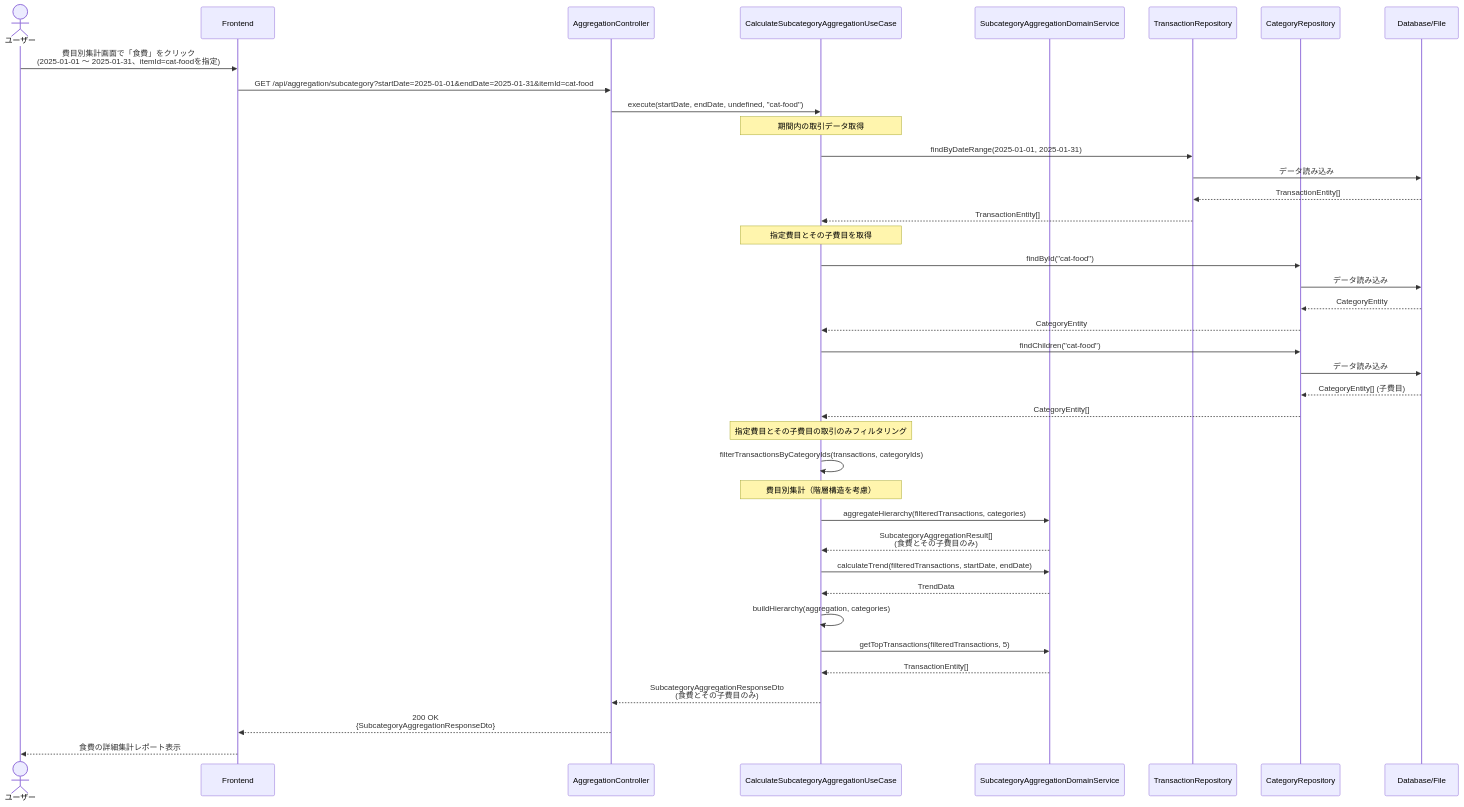
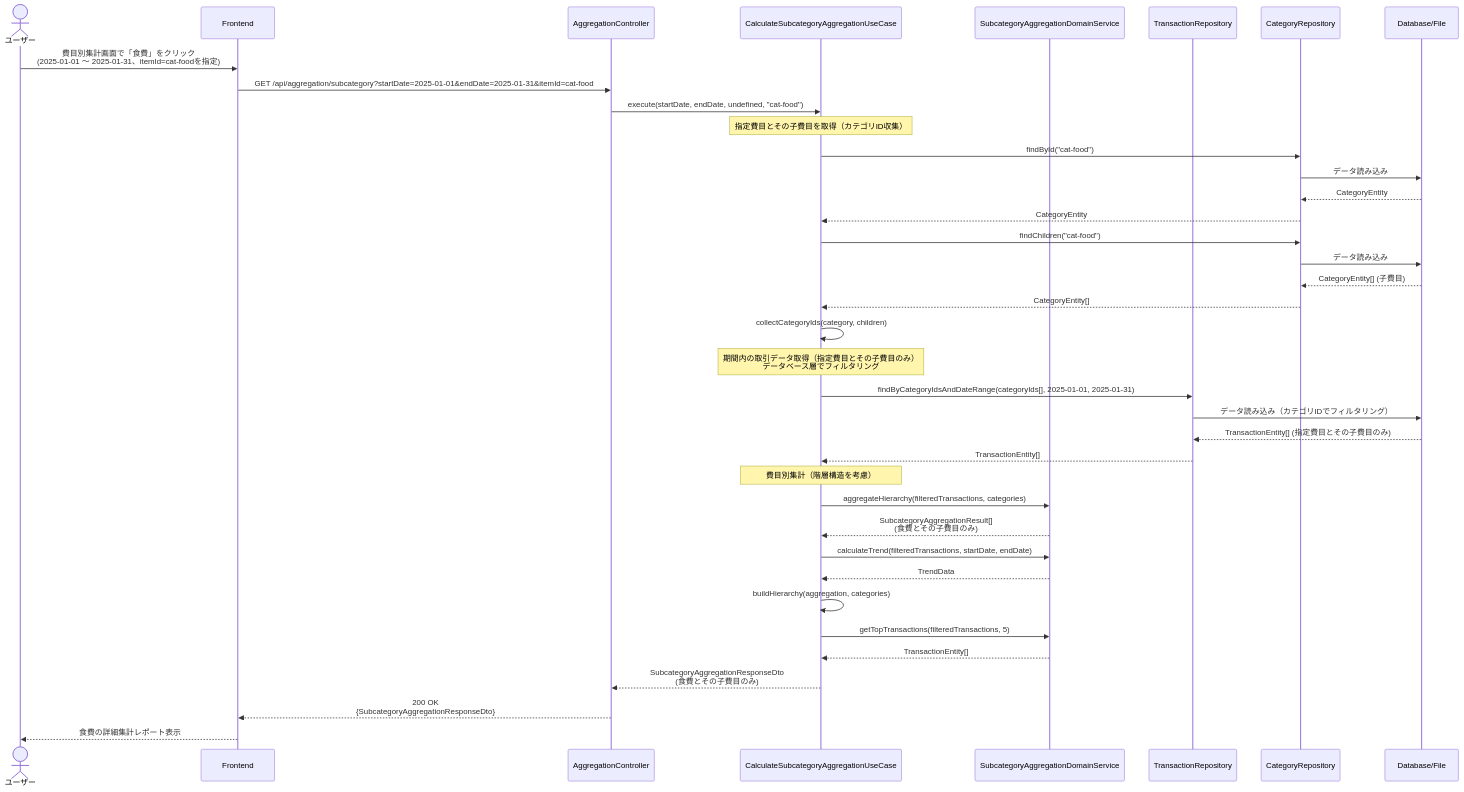
Before and after one commit to kencom2400/account-book: the third of 6 diagrams in docs/detailed-design/FR-019_subcategory-aggregation/sequence-diagrams.md, drawn with Mermaid. The commit also changed other lines of this file, not shown here.

Commit message:
docs: Gemini指摘対応 - シーケンス図のパフォーマンス最適化と冗長な呼び出しの削減
- 特定費目ID指定フロー: 全取引を取得してからフィルタリングするのではなく、
  findByCategoryIdsAndDateRangeを使用してデータベース層でフィルタリング
- 全費目集計フロー: findByIdsの重複呼び出しを削除し、
  既に取得したカテゴリ情報を再利用

Gemini PR#347レビュー対応

````diff
--- a/docs/detailed-design/FR-019_subcategory-aggregation/sequence-diagrams.md
+++ b/docs/detailed-design/FR-019_subcategory-aggregation/sequence-diagrams.md
@@ -154,51 +148,49 @@
 ```mermaid
 sequenceDiagram
     actor User as ユーザー
     participant FE as Frontend
     participant API as AggregationController
     participant UC as CalculateSubcategoryAggregationUseCase
     participant DS as SubcategoryAggregationDomainService
     participant TRepo as TransactionRepository
     participant CRepo as CategoryRepository
     participant DB as Database/File
 
     User->>FE: 費目別集計画面で「食費」をクリック<br/>(2025-01-01 〜 2025-01-31、itemId=cat-foodを指定)
     FE->>API: GET /api/aggregation/subcategory?startDate=2025-01-01&endDate=2025-01-31&itemId=cat-food
 
     API->>UC: execute(startDate, endDate, undefined, "cat-food")
 
-    Note over UC: 期間内の取引データ取得
-    UC->>TRepo: findByDateRange(2025-01-01, 2025-01-31)
-    TRepo->>DB: データ読み込み
-    DB-->>TRepo: TransactionEntity[]
-    TRepo-->>UC: TransactionEntity[]
-
-    Note over UC: 指定費目とその子費目を取得
+    Note over UC: 指定費目とその子費目を取得（カテゴリID収集）
     UC->>CRepo: findById("cat-food")
     CRepo->>DB: データ読み込み
     DB-->>CRepo: CategoryEntity
     CRepo-->>UC: CategoryEntity
     UC->>CRepo: findChildren("cat-food")
     CRepo->>DB: データ読み込み
     DB-->>CRepo: CategoryEntity[] (子費目)
     CRepo-->>UC: CategoryEntity[]
+    UC->>UC: collectCategoryIds(category, children)
 
-    Note over UC: 指定費目とその子費目の取引のみフィルタリング
-    UC->>UC: filterTransactionsByCategoryIds(transactions, categoryIds)
+    Note over UC: 期間内の取引データ取得（指定費目とその子費目のみ）<br/>データベース層でフィルタリング
+    UC->>TRepo: findByCategoryIdsAndDateRange(categoryIds[], 2025-01-01, 2025-01-31)
+    TRepo->>DB: データ読み込み（カテゴリIDでフィルタリング）
+    DB-->>TRepo: TransactionEntity[] (指定費目とその子費目のみ)
+    TRepo-->>UC: TransactionEntity[]
 
     Note over UC: 費目別集計（階層構造を考慮）
     UC->>DS: aggregateHierarchy(filteredTransactions, categories)
     DS-->>UC: SubcategoryAggregationResult[]<br/>(食費とその子費目のみ)
 
     UC->>DS: calculateTrend(filteredTransactions, startDate, endDate)
     DS-->>UC: TrendData
 
     UC->>UC: buildHierarchy(aggregation, categories)
     UC->>DS: getTopTransactions(filteredTransactions, 5)
     DS-->>UC: TransactionEntity[]
 
     UC-->>API: SubcategoryAggregationResponseDto<br/>(食費とその子費目のみ)
 
     API-->>FE: 200 OK<br/>{SubcategoryAggregationResponseDto}
     FE-->>User: 食費の詳細集計レポート表示
 ```
````
